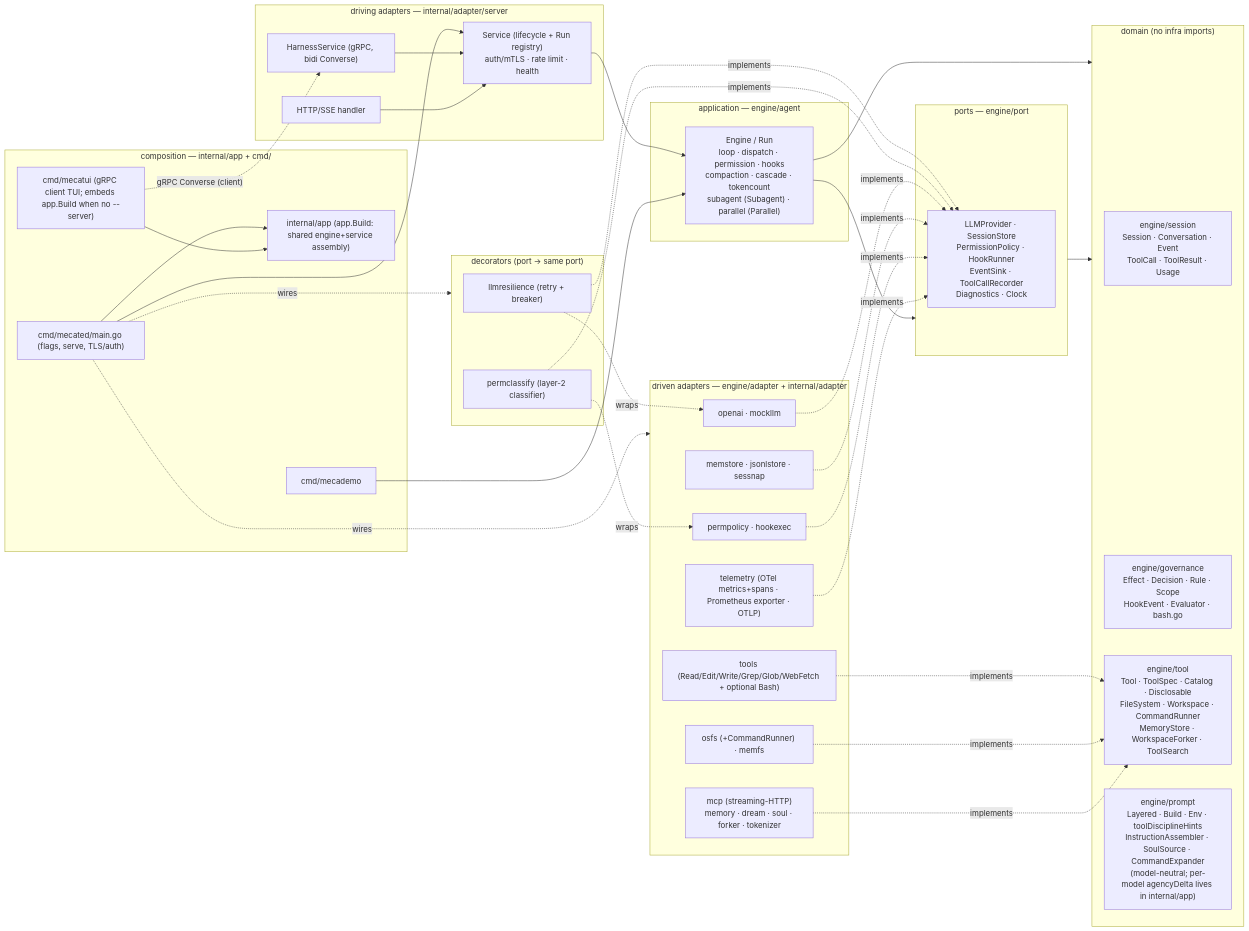
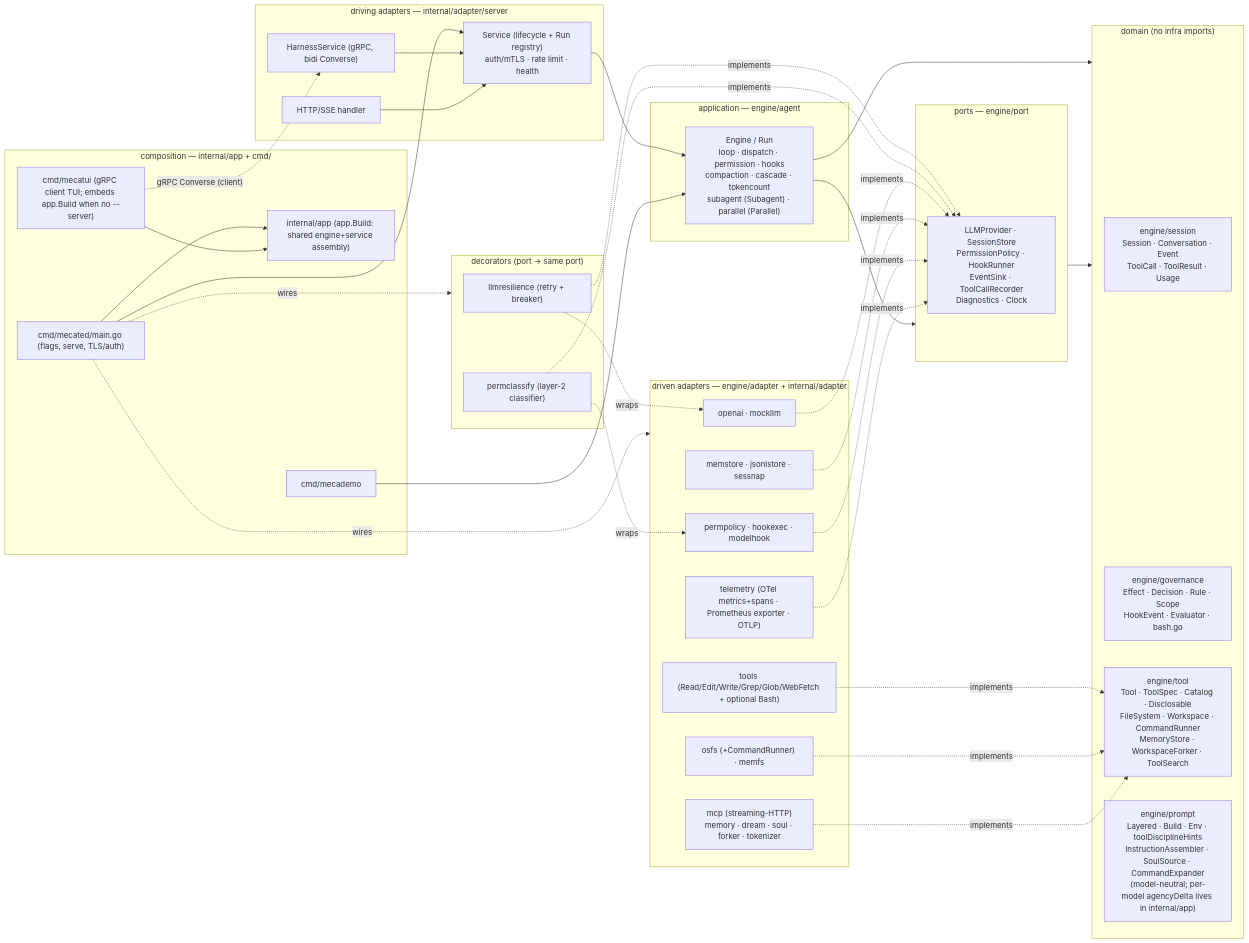
One commit to sabbanis/mecatl changed the first of 4 diagrams in docs/architecture.md. Above: the diagram before and after it, drawn with Mermaid. The commit also changed other lines of this file and 1 other file, not shown here.

Commit message:
docs: consolidated coherence pass for the headless-permissions cluster
The three permissions/guardrails features (#32 child-scoped config axis,
#31 headless ask-reviewer, #27 model-backed guardrails) each landed their
own per-feature docs; this reconciles the cross-cutting capability lists
that none of them owned individually:

- README "Safety & governance" bullets now name the child-scoped
  permission axis, the headless LLM ask-reviewer, and the model-backed
  guardrails (the permission/hooks bullets were stale capability claims)
- architecture.md: modelhook joins the adapter diagram; the HookRunner
  port description now covers both outcome mappings (hookexec exit code
  vs modelhook verdict), not just exit codes

````diff
--- a/docs/architecture.md
+++ b/docs/architecture.md
@@ -50,69 +50,69 @@
 ```mermaid
 flowchart LR
   subgraph CMD["composition — internal/app + cmd/"]
     app["internal/app (app.Build: shared engine+service assembly)"]
     mecated["cmd/mecated/main.go (flags, serve, TLS/auth)"]
     demo["cmd/mecademo"]
     tui["cmd/mecatui (gRPC client TUI; embeds app.Build when no --server)"]
     mecated --> app
     tui --> app
   end
 
   subgraph DRIVING["driving adapters — internal/adapter/server"]
     grpc["HarnessService (gRPC, bidi Converse)"]
     http["HTTP/SSE handler"]
     svc["Service (lifecycle + Run registry)\nauth/mTLS · rate limit · health"]
   end
 
   subgraph APP["application — engine/agent"]
     engine["Engine / Run\nloop · dispatch · permission · hooks\ncompaction · cascade · tokencount\nsubagent (Subagent) · parallel (Parallel)"]
   end
 
   subgraph PORTS["ports — engine/port"]
     p["LLMProvider · SessionStore\nPermissionPolicy · HookRunner\nEventSink · ToolCallRecorder\nDiagnostics · Clock"]
   end
 
   subgraph DOMAIN["domain (no infra imports)"]
     sess["engine/session\nSession · Conversation · Event\nToolCall · ToolResult · Usage"]
     gov["engine/governance\nEffect · Decision · Rule · Scope\nHookEvent · Evaluator · bash.go"]
     tl["engine/tool\nTool · ToolSpec · Catalog · Disclosable\nFileSystem · Workspace · CommandRunner\nMemoryStore · WorkspaceForker · ToolSearch"]
     pr["engine/prompt\nLayered · Build · Env · toolDisciplineHints\nInstructionAssembler · SoulSource · CommandExpander\n(model-neutral; per-model agencyDelta lives in internal/app)"]
   end
 
   subgraph DECOR["decorators (port → same port)"]
     res["llmresilience (retry + breaker)"]
     pc["permclassify (layer-2 classifier)"]
   end
 
   subgraph DRIVEN["driven adapters — engine/adapter + internal/adapter"]
     oai["openai · mockllm"]
     fs["osfs (+CommandRunner) · memfs"]
     st["memstore · jsonlstore · sessnap"]
     tools["tools (Read/Edit/Write/Grep/Glob/WebFetch + optional Bash)"]
-    pp["permpolicy · hookexec"]
+    pp["permpolicy · hookexec · modelhook"]
     tel["telemetry (OTel metrics+spans · Prometheus exporter · OTLP)"]
     ext["mcp (streaming-HTTP)\nmemory · dream · soul · forker · tokenizer"]
   end
 
   mecated --> svc --> engine
   demo --> engine
   tui -. "gRPC Converse (client)" .-> grpc
   grpc --> svc
   http --> svc
   engine --> PORTS
   engine --> DOMAIN
   PORTS --> DOMAIN
   res -.wraps.-> oai
   res -.implements.-> p
   pc -.wraps.-> pp
   pc -.implements.-> p
   oai -.implements.-> p
   st -.implements.-> p
   pp -.implements.-> p
   tel -.implements.-> p
   tools -.implements.-> tl
   fs -.implements.-> tl
   ext -.implements.-> tl
   mecated -. wires .-> DRIVEN
   mecated -. wires .-> DECOR
 ```
````
